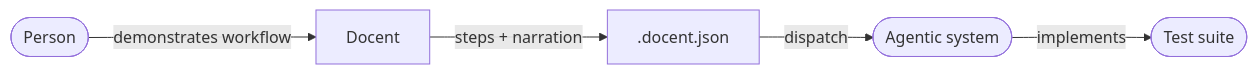
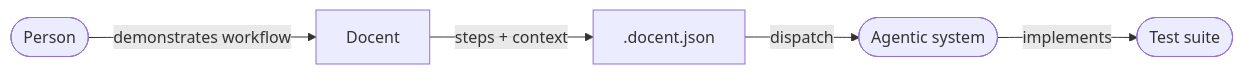
The diagram in README.md (Arsarneq/docent), drawn with Mermaid before and after one commit. The commit also changed other lines of this file and 28 other files, not shown here.

````diff
--- a/README.md
+++ b/README.md
@@ -37,7 +37,7 @@
 ```mermaid
 flowchart LR
     A([Person]) -->|demonstrates workflow| B[Docent]
-    B -->|steps + narration| C[.docent.json]
+    B -->|steps + context| C[.docent.json]
     C -->|dispatch| D([Agentic system])
     D -->|implements| E([Test suite])
 ```
````
